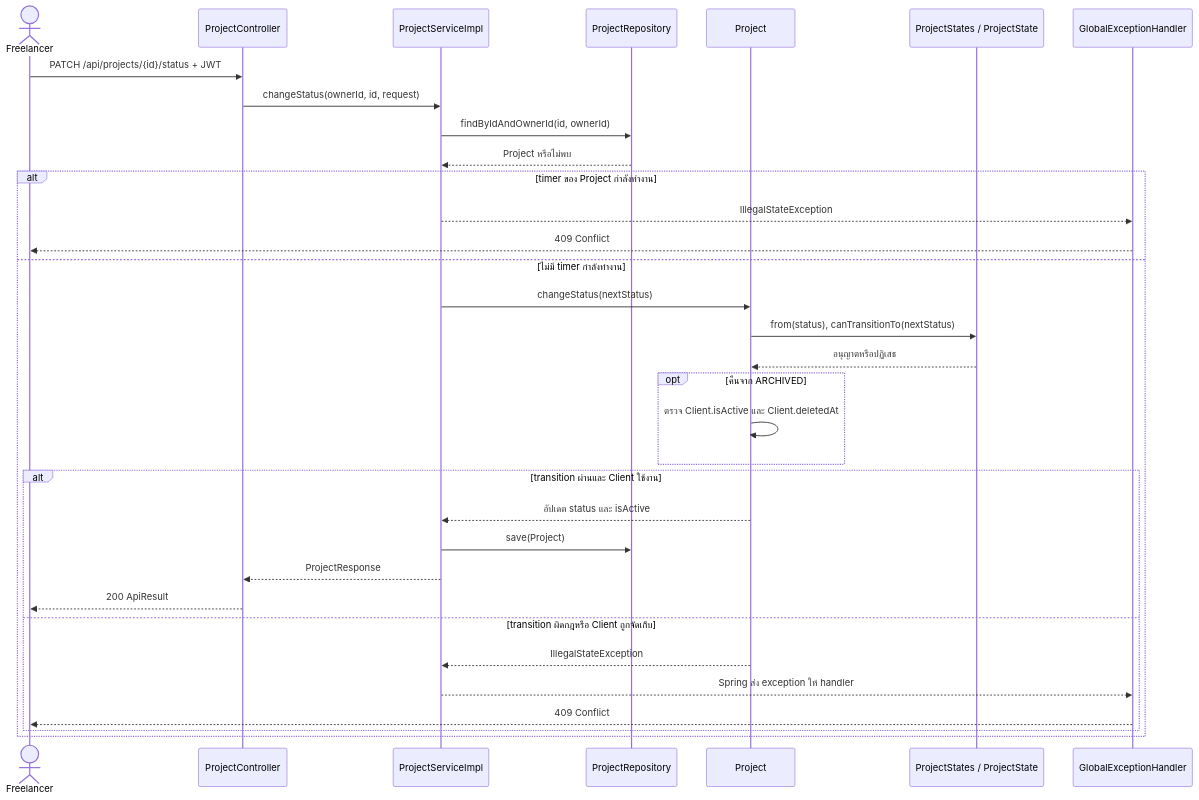
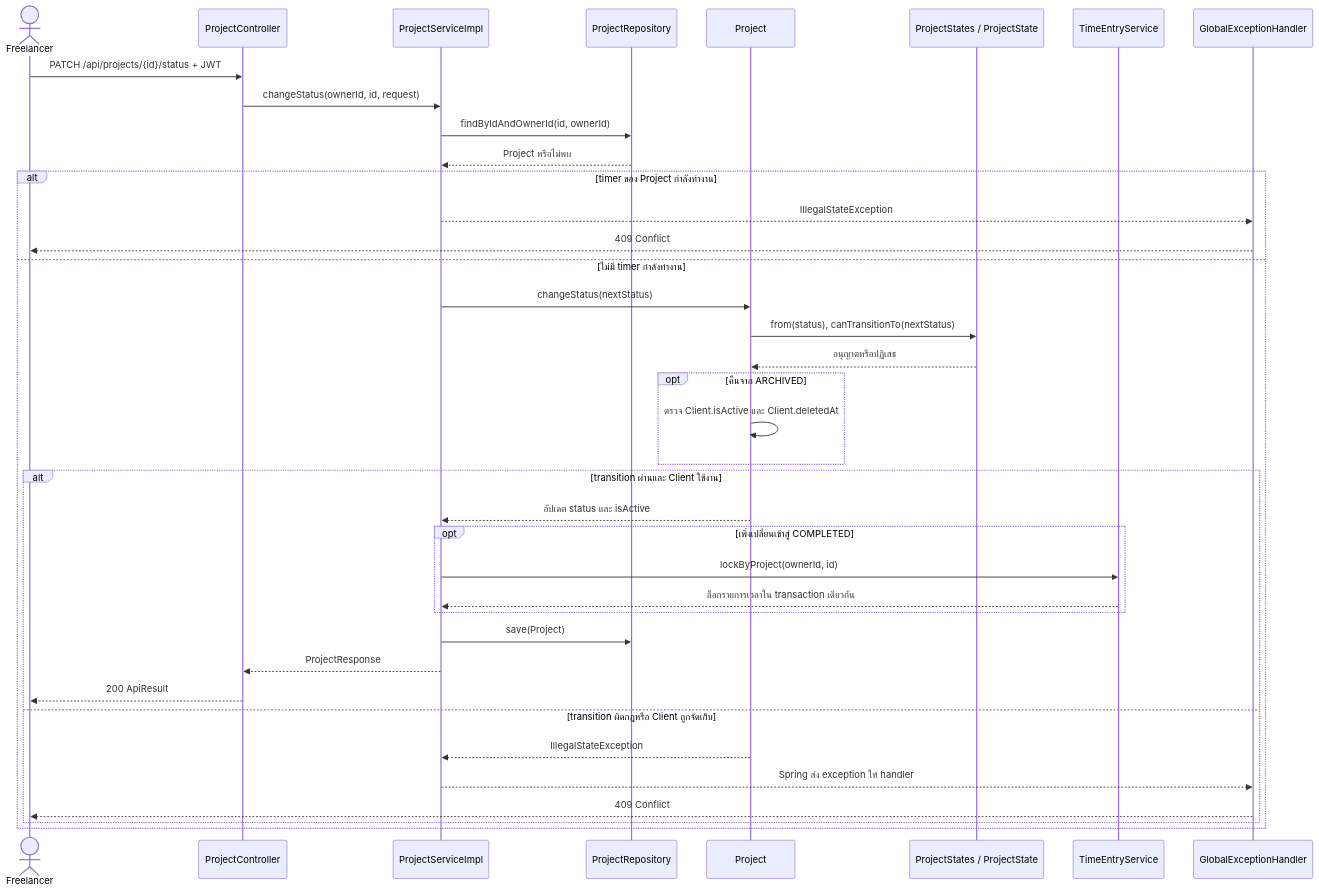
One commit to lillianxhub/freelance-hub changed the diagram in doc/V1/USECASE/kantavit-usecase.md. Above: the diagram before and after it, drawn with Mermaid. The commit also changed other lines of this file and 2 other files, not shown here.

````diff
--- a/doc/V1/USECASE/kantavit-usecase.md
+++ b/doc/V1/USECASE/kantavit-usecase.md
@@ -125,35 +128,40 @@
 ```mermaid
 sequenceDiagram
     actor F as Freelancer
     participant C as ProjectController
     participant S as ProjectServiceImpl
     participant R as ProjectRepository
     participant P as Project
     participant ST as ProjectStates / ProjectState
+    participant TE as TimeEntryService
     participant H as GlobalExceptionHandler
     F->>C: PATCH /api/projects/{id}/status + JWT
     C->>S: changeStatus(ownerId, id, request)
     S->>R: findByIdAndOwnerId(id, ownerId)
     R-->>S: Project หรือไม่พบ
     alt timer ของ Project กำลังทำงาน
         S-->>H: IllegalStateException
         H-->>F: 409 Conflict
     else ไม่มี timer กำลังทำงาน
         S->>P: changeStatus(nextStatus)
         P->>ST: from(status), canTransitionTo(nextStatus)
         ST-->>P: อนุญาตหรือปฏิเสธ
         opt คืนจาก ARCHIVED
             P->>P: ตรวจ Client.isActive และ Client.deletedAt
         end
         alt transition ผ่านและ Client ใช้งาน
             P-->>S: อัปเดต status และ isActive
+            opt เพิ่งเปลี่ยนเข้าสู่ COMPLETED
+                S->>TE: lockByProject(ownerId, id)
+                TE-->>S: ล็อกรายการเวลาใน transaction เดียวกัน
+            end
             S->>R: save(Project)
             S-->>C: ProjectResponse
             C-->>F: 200 ApiResult
         else transition ผิดกฎหรือ Client ถูกจัดเก็บ
             P-->>S: IllegalStateException
             S-->>H: Spring ส่ง exception ให้ handler
             H-->>F: 409 Conflict
         end
     end
 ```
````
